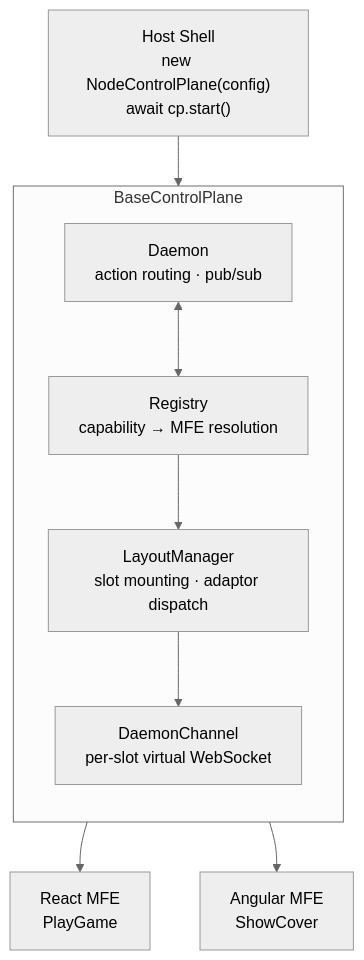
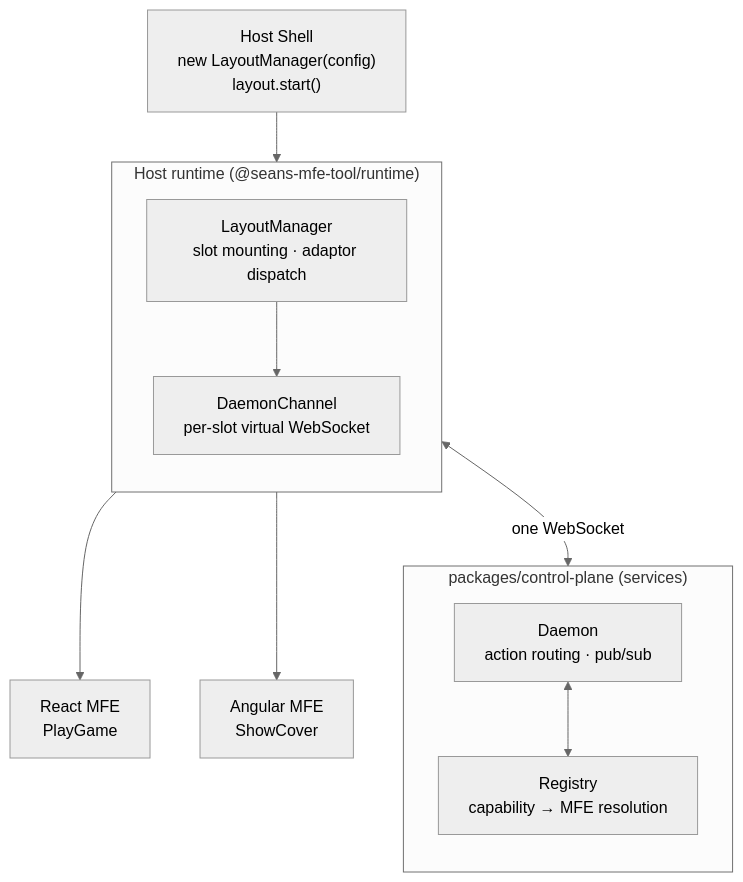
Before and after one commit to falese/seans-mfe-tool: the eighth of 24 diagrams in docs/architecture-whitepaper.md, drawn with Mermaid (neutral theme). The commit also changed other lines of this file and 20 other files, not shown here.

````diff
--- a/docs/architecture-whitepaper.md
+++ b/docs/architecture-whitepaper.md
@@ -456,18 +427,21 @@
 ```mermaid
 flowchart TB
-    subgraph BCP["BaseControlPlane"]
+    subgraph CP["packages/control-plane (services)"]
         direction TB
         D["Daemon\naction routing · pub/sub"]
         R["Registry\ncapability → MFE resolution"]
+        D <--> R
+    end
+
+    subgraph HOSTRT["Host runtime (@seans-mfe-tool/runtime)"]
+        direction TB
         LM["LayoutManager\nslot mounting · adaptor dispatch"]
         DC["DaemonChannel\nper-slot virtual WebSocket"]
-
-        D <--> R
-        R --> LM
         LM --> DC
     end
 
-    HOST["Host Shell\nnew NodeControlPlane(config)\nawait cp.start()"] --> BCP
-    BCP --> MFE1["React MFE\nPlayGame"]
-    BCP --> MFE2["Angular MFE\nShowCover"]
+    HOST["Host Shell\nnew LayoutManager(config)\nlayout.start()"] --> LM
+    LM <-->|"one WebSocket"| D
+    LM --> MFE1["React MFE\nPlayGame"]
+    LM --> MFE2["Angular MFE\nShowCover"]
 ```
````
